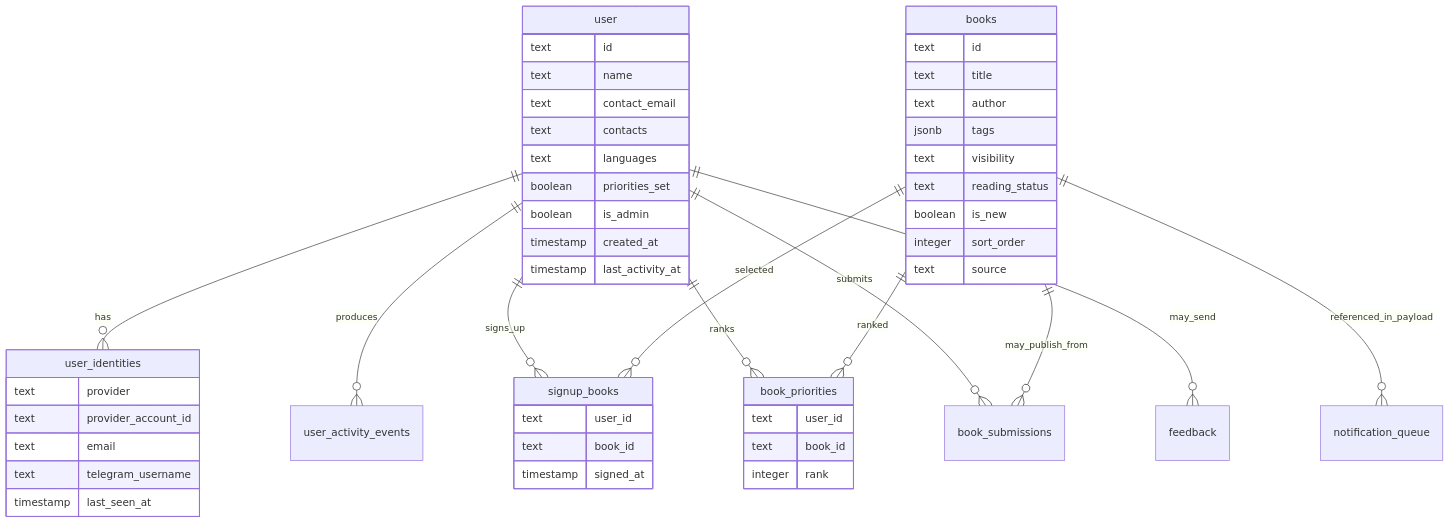
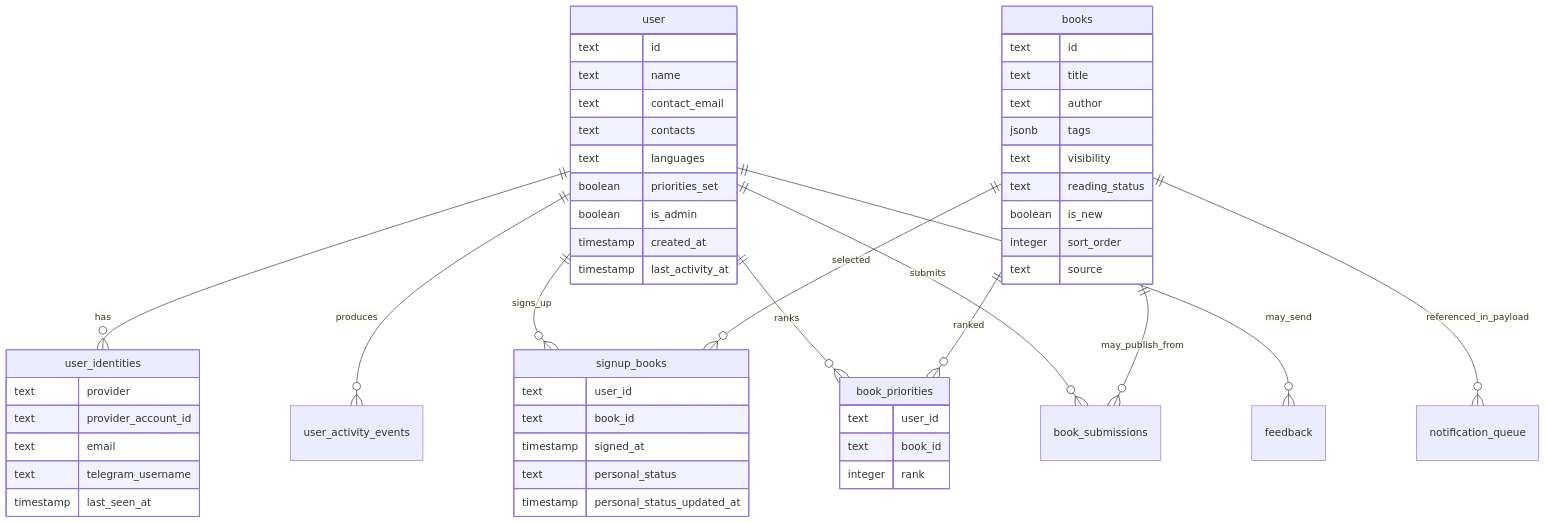
The diagram in docs/wiki/Data-and-Database.md (bon2362/book-club), drawn with Mermaid before and after one commit. The commit also changed 15 other files, not shown here.

````diff
--- a/docs/wiki/Data-and-Database.md
+++ b/docs/wiki/Data-and-Database.md
@@ -7,57 +7,59 @@
 ```mermaid
 erDiagram
     user ||--o{ user_identities : has
     user ||--o{ user_activity_events : produces
     user ||--o{ signup_books : signs_up
     books ||--o{ signup_books : selected
     user ||--o{ book_priorities : ranks
     books ||--o{ book_priorities : ranked
     user ||--o{ book_submissions : submits
     books ||--o{ book_submissions : may_publish_from
     user ||--o{ feedback : may_send
     books ||--o{ notification_queue : referenced_in_payload
 
     user {
       text id
       text name
       text contact_email
       text contacts
       text languages
       boolean priorities_set
       boolean is_admin
       timestamp created_at
       timestamp last_activity_at
     }
 
     user_identities {
       text provider
       text provider_account_id
       text email
       text telegram_username
       timestamp last_seen_at
     }
 
     books {
       text id
       text title
       text author
       jsonb tags
       text visibility
       text reading_status
       boolean is_new
       integer sort_order
       text source
     }
 
     signup_books {
       text user_id
       text book_id
       timestamp signed_at
+      text personal_status
+      timestamp personal_status_updated_at
     }
 
     book_priorities {
       text user_id
       text book_id
       integer rank
     }
 ```
````
